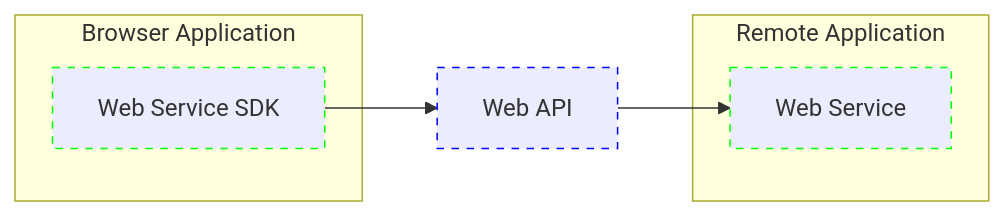
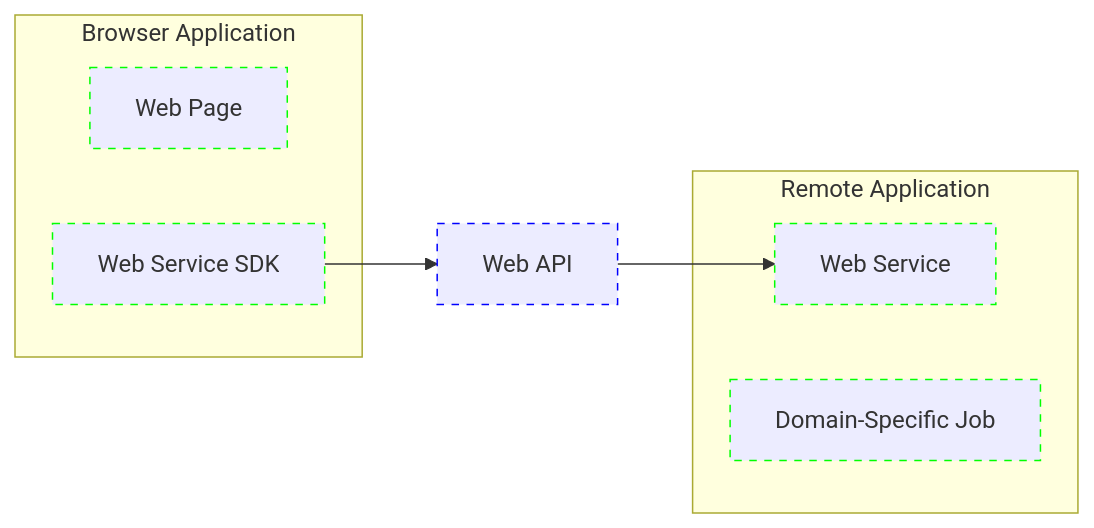
One commit to bjacobgordon/shark-ui changed the diagram in docs/webAPI/architecture.mmd. Above: the diagram before and after it, drawn with Mermaid.

Commit message:
step: adds the "edge" modules

```diff
--- a/docs/webAPI/architecture.mmd
+++ b/docs/webAPI/architecture.mmd
@@ -1,20 +1,26 @@
 flowchart LR
   classDef Contract          stroke: #00F, stroke-dasharray: 5
   classDef ApplicationModule stroke: #0F0, stroke-dasharray: 5
 
   subgraph BrowserApplication[Browser Application]
+    BrowserApplication_WebPage[Web Page]
+    class BrowserApplication_WebPage ApplicationModule
+
     BrowserApplication_WebServiceSDK[Web Service SDK]
     class BrowserApplication_WebServiceSDK ApplicationModule
   end
 
   BrowserApplication_WebServiceSDK --> WebAPI
 
   WebAPI[Web API]
   class WebAPI Contract
 
   WebAPI --> RemoteApplication_WebService
 
   subgraph RemoteApplication[Remote Application]
     RemoteApplication_WebService[Web Service]
     class RemoteApplication_WebService ApplicationModule
+
+    RemoteApplication_DomainSpecificJob[Domain-Specific Job]
+    class RemoteApplication_DomainSpecificJob ApplicationModule
   end
```
